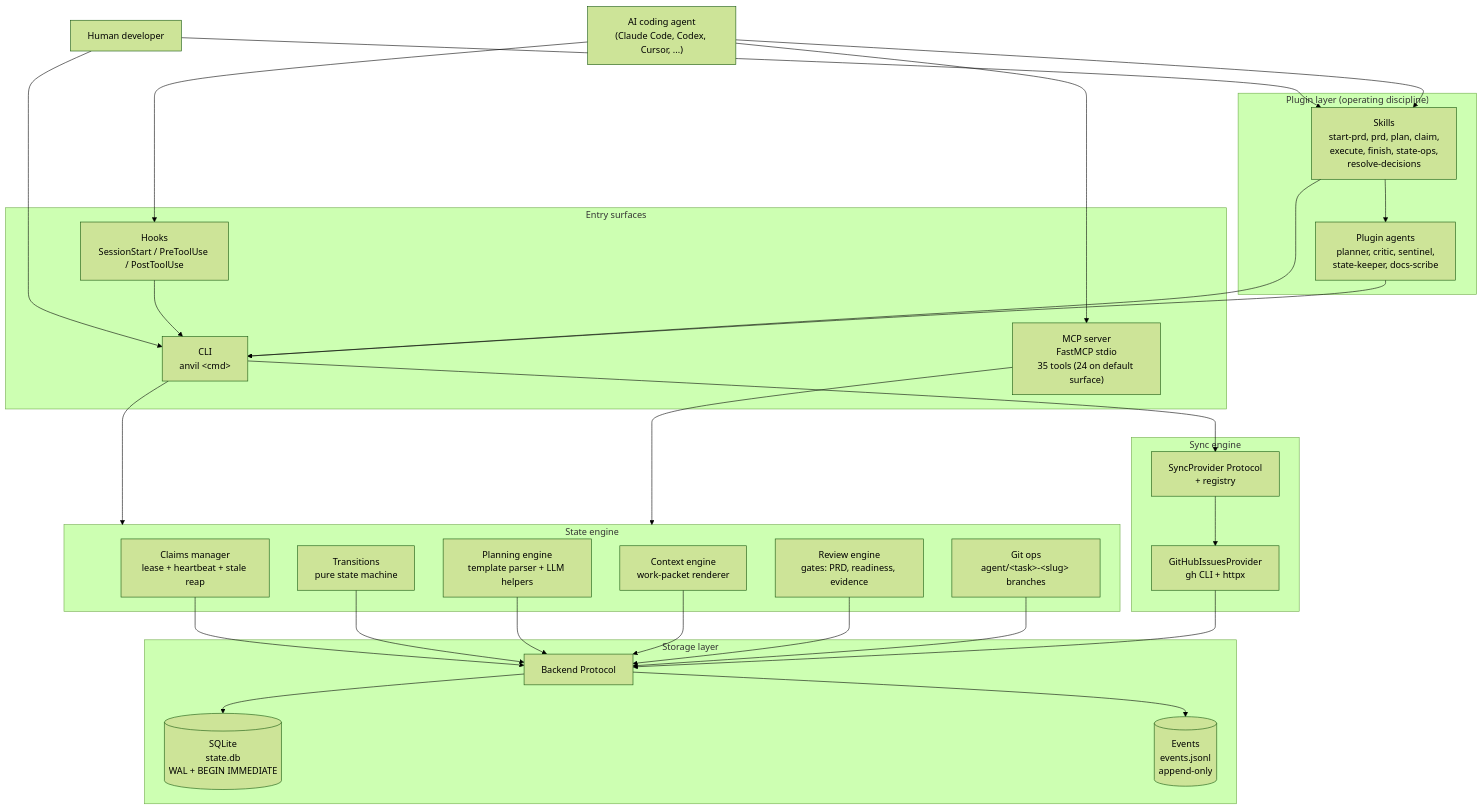
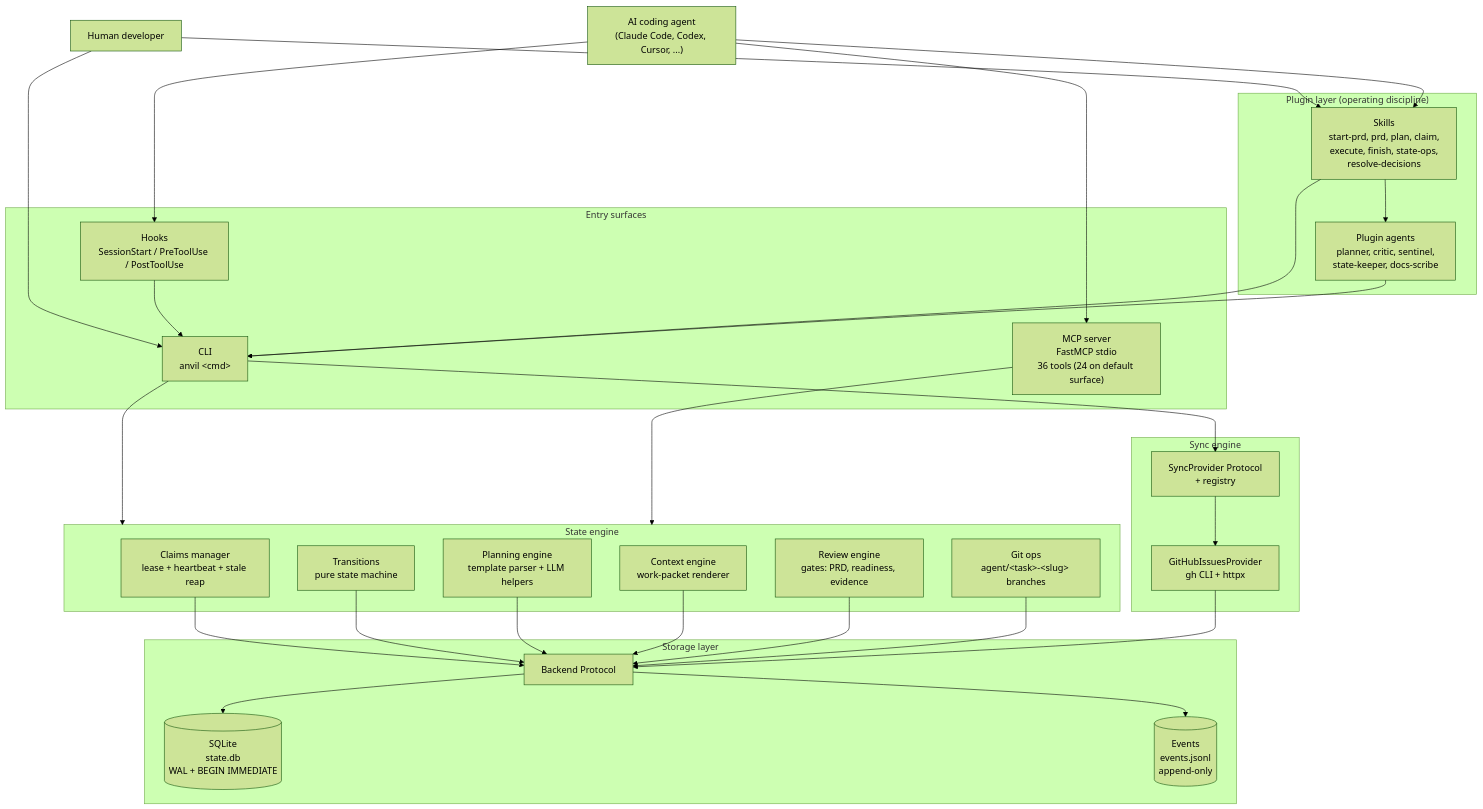
The first of 2 diagrams in docs/architecture.md (fakoli/anvil), drawn with Mermaid (forest theme) before and after one commit. The commit also changed other lines of this file and 62 other files, not shown here.

````diff
--- a/docs/architecture.md
+++ b/docs/architecture.md
@@ -47,63 +68,63 @@
 ```mermaid
 graph TD
     User["Human developer"]
     Agent["AI coding agent<br/>(Claude Code, Codex, Cursor, ...)"]
 
     subgraph Entry["Entry surfaces"]
         CLI["CLI<br/>anvil &lt;cmd&gt;"]
-        MCP["MCP server<br/>FastMCP stdio<br/>35 tools (24 on default surface)"]
+        MCP["MCP server<br/>FastMCP stdio<br/>36 tools (24 on default surface)"]
         Hooks["Hooks<br/>SessionStart / PreToolUse / PostToolUse"]
     end
 
     subgraph Plugin["Plugin layer (operating discipline)"]
         Skills["Skills<br/>start-prd, prd, plan, claim,<br/>execute, finish, state-ops,<br/>resolve-decisions"]
         Agents["Plugin agents<br/>planner, critic, sentinel,<br/>state-keeper, docs-scribe"]
     end
 
     subgraph Engine["State engine"]
         Claims["Claims manager<br/>lease + heartbeat + stale reap"]
         Transitions["Transitions<br/>pure state machine"]
         Planning["Planning engine<br/>template parser + LLM helpers"]
         Context["Context engine<br/>work-packet renderer"]
         Review["Review engine<br/>gates: PRD, readiness, evidence"]
         GitOps["Git ops<br/>agent/&lt;task&gt;-&lt;slug&gt; branches"]
     end
 
     subgraph Storage["Storage layer"]
         Backend["Backend Protocol"]
         SQLite[("SQLite<br/>state.db<br/>WAL + BEGIN IMMEDIATE")]
         Events[("Events<br/>events.jsonl<br/>append-only")]
     end
 
     subgraph Sync["Sync engine"]
         SyncProto["SyncProvider Protocol<br/>+ registry"]
         GitHub["GitHubIssuesProvider<br/>gh CLI + httpx"]
     end
 
     User --> CLI
     User --> Skills
     Agent --> MCP
     Agent --> Skills
     Agent --> Hooks
 
     CLI --> Engine
     MCP --> Engine
     Hooks --> CLI
     Skills --> CLI
     Skills --> Agents
     Agents --> CLI
 
     Claims --> Backend
     Transitions --> Backend
     Planning --> Backend
     Context --> Backend
     Review --> Backend
     GitOps --> Backend
 
     Backend --> SQLite
     Backend --> Events
 
     CLI --> SyncProto
     SyncProto --> GitHub
     GitHub --> Backend
 ```
````
